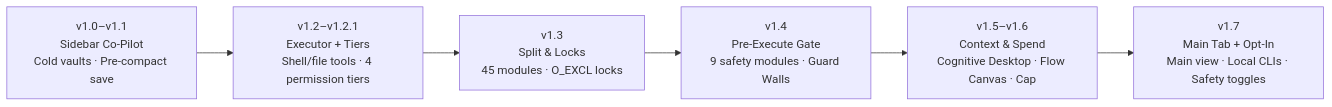
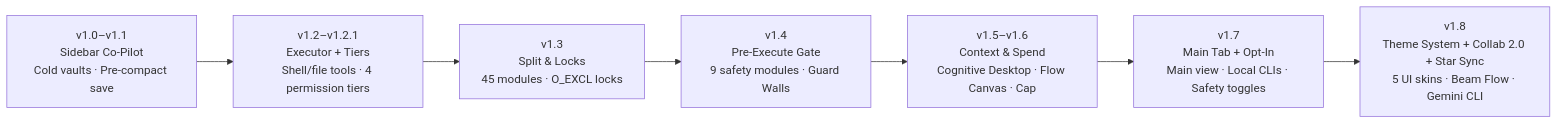
The second of 3 diagrams in README.en.md (gluztm/dsh-chief), drawn with Mermaid before and after one commit. The commit also changed other lines of this file and 58 other files, not shown here.

````diff
--- a/README.en.md
+++ b/README.en.md
@@ -235,8 +236,9 @@
 ```mermaid
 flowchart LR
   A["v1.0–v1.1\nSidebar Co-Pilot\nCold vaults · Pre-compact save"] --> B["v1.2–v1.2.1\nExecutor + Tiers\nShell/file tools · 4 permission tiers"]
   B --> C["v1.3\nSplit & Locks\n45 modules · O_EXCL locks"]
   C --> D["v1.4\nPre-Execute Gate\n9 safety modules · Guard Walls"]
   D --> E["v1.5–v1.6\nContext & Spend\nCognitive Desktop · Flow Canvas · Cap"]
   E --> F["v1.7\nMain Tab + Opt-In\nMain view · Local CLIs · Safety toggles"]
+  F --> G["v1.8\nTheme System + Collab 2.0 + Star Sync\n5 UI skins · Beam Flow · Gemini CLI"]
 ```
````
